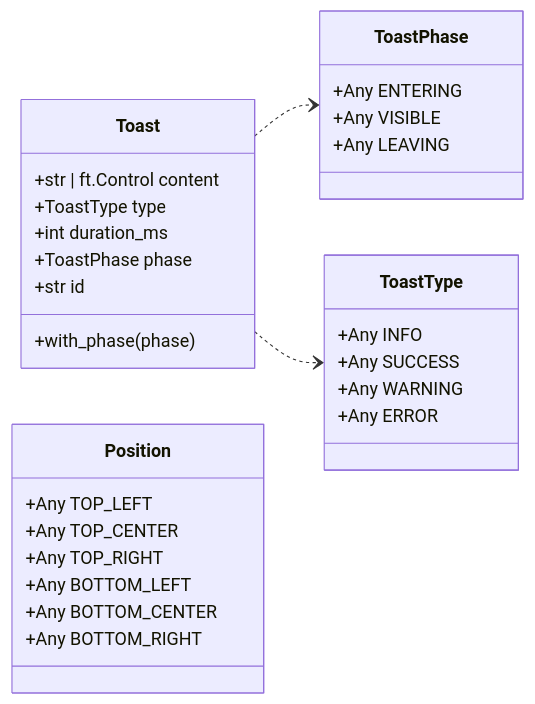
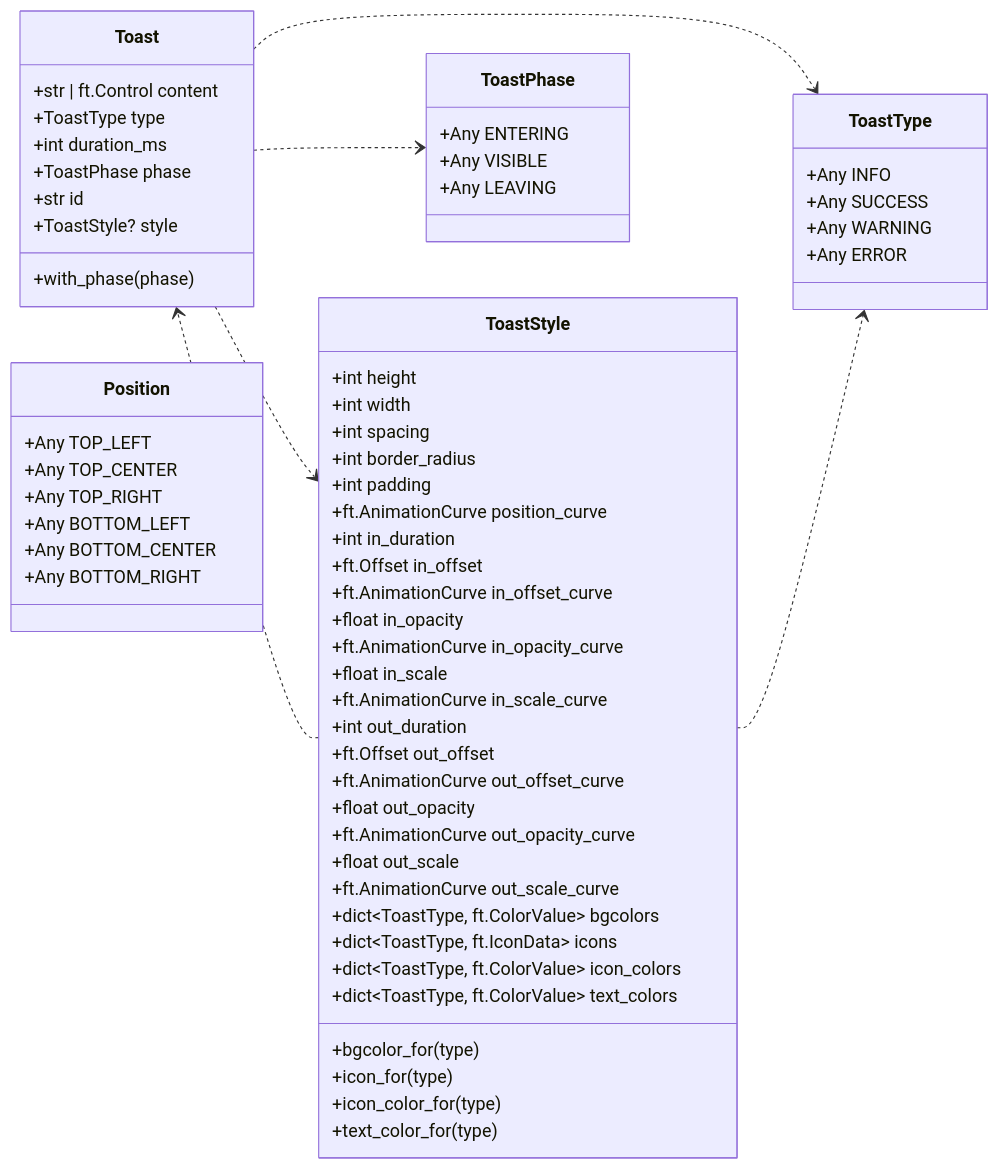
One commit to brunobrown/flet-toastify changed the diagram in docs/assets/diagrams/generated/classes.mmd. Above: the diagram before and after it, drawn with Mermaid. The commit also changed 12 other files, not shown here.

```diff
--- a/docs/assets/diagrams/generated/classes.mmd
+++ b/docs/assets/diagrams/generated/classes.mmd
@@ -1,37 +1,72 @@
 classDiagram
   direction LR
   %% flet-toastify generated architecture diagrams: classes
 
   class Toast {
     +str | ft.Control content
     +ToastType type
     +int duration_ms
     +ToastPhase phase
     +str id
+    +ToastStyle? style
     +with_phase(phase)
+  }
+
+  class ToastStyle {
+    +int height
+    +int width
+    +int spacing
+    +int border_radius
+    +int padding
+    +ft.AnimationCurve position_curve
+    +int in_duration
+    +ft.Offset in_offset
+    +ft.AnimationCurve in_offset_curve
+    +float in_opacity
+    +ft.AnimationCurve in_opacity_curve
+    +float in_scale
+    +ft.AnimationCurve in_scale_curve
+    +int out_duration
+    +ft.Offset out_offset
+    +ft.AnimationCurve out_offset_curve
+    +float out_opacity
+    +ft.AnimationCurve out_opacity_curve
+    +float out_scale
+    +ft.AnimationCurve out_scale_curve
+    +dict~ToastType, ft.ColorValue~ bgcolors
+    +dict~ToastType, ft.IconData~ icons
+    +dict~ToastType, ft.ColorValue~ icon_colors
+    +dict~ToastType, ft.ColorValue~ text_colors
+    +bgcolor_for(type)
+    +icon_for(type)
+    +icon_color_for(type)
+    +text_color_for(type)
   }
 
   class Position {
     +Any TOP_LEFT
     +Any TOP_CENTER
     +Any TOP_RIGHT
     +Any BOTTOM_LEFT
     +Any BOTTOM_CENTER
     +Any BOTTOM_RIGHT
   }
 
   class ToastPhase {
     +Any ENTERING
     +Any VISIBLE
     +Any LEAVING
   }
 
   class ToastType {
     +Any INFO
     +Any SUCCESS
     +Any WARNING
     +Any ERROR
   }
 
   Toast ..> ToastPhase
+  Toast ..> ToastStyle
   Toast ..> ToastType
+  ToastStyle ..> Toast
+  ToastStyle ..> ToastType
```
